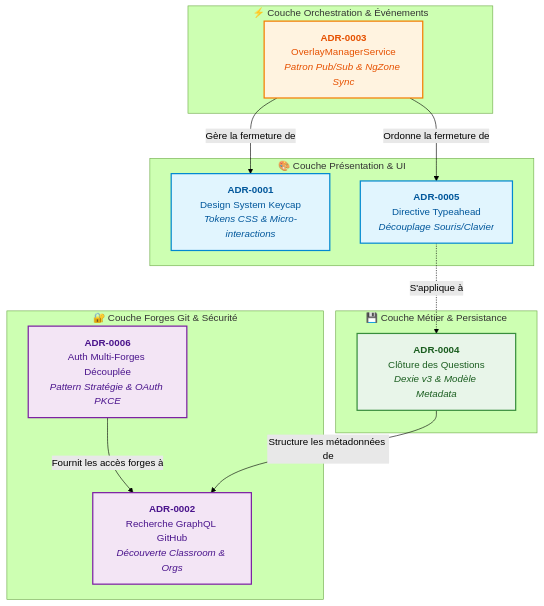
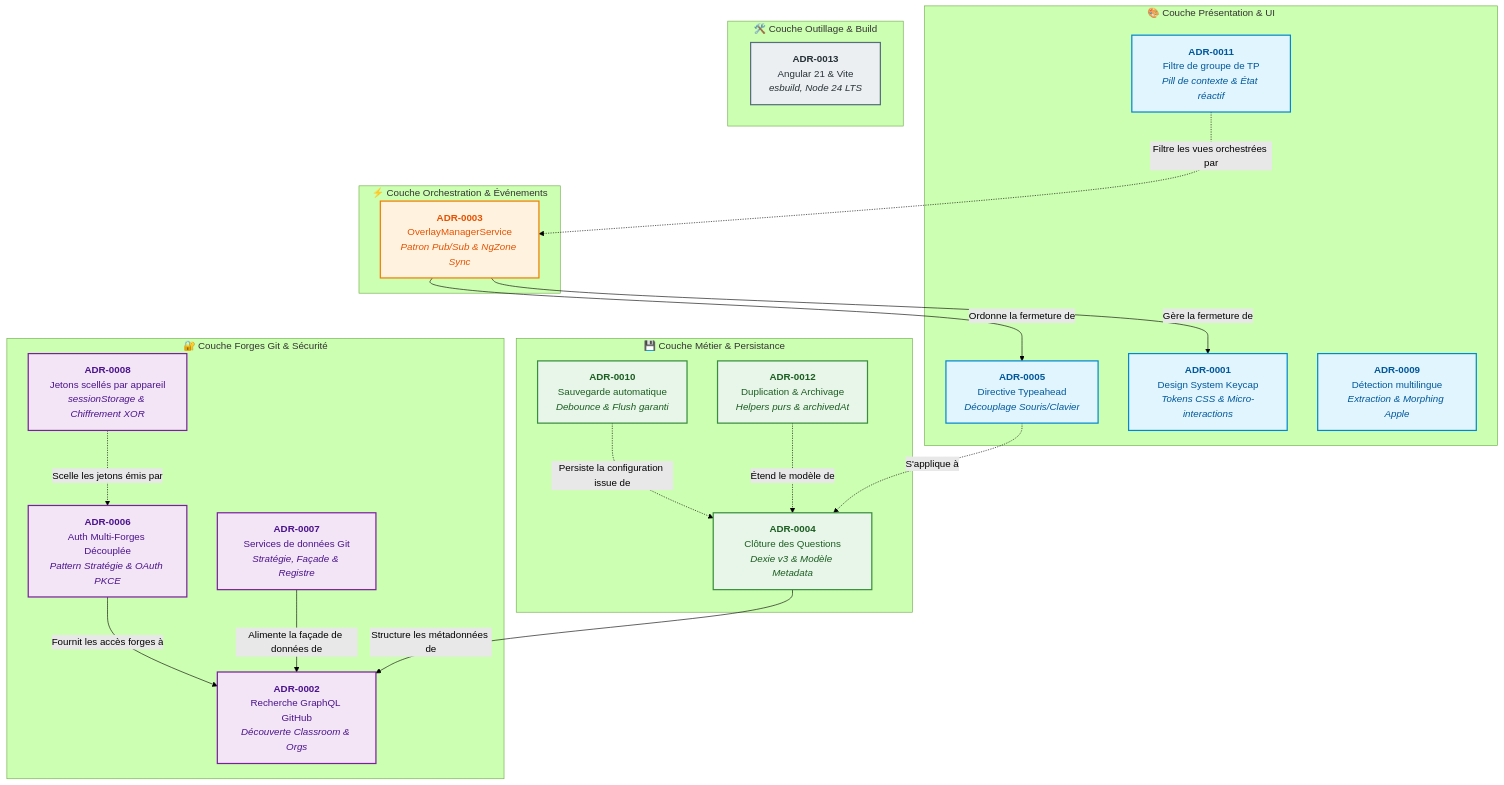
Before and after one commit to git4school/git4school-visu: the first of 2 diagrams in docs/wiki/Architecture-Decision-Records.md, drawn with Mermaid (forest theme). The commit also changed other lines of this file, not shown here.

Commit message:
📝 Backfill the wiki ADR showcase with decisions 0007 to 0013

````diff
--- a/docs/wiki/Architecture-Decision-Records.md
+++ b/docs/wiki/Architecture-Decision-Records.md
@@ -28,36 +28,53 @@
 ```mermaid
 flowchart TB
     subgraph Presentation["🎨 Couche Présentation & UI"]
         ADR0001["<b>ADR-0001</b><br/>Design System Keycap<br/><i>Tokens CSS & Micro-interactions</i>"]
         ADR0005["<b>ADR-0005</b><br/>Directive Typeahead<br/><i>Découplage Souris/Clavier</i>"]
+        ADR0009["<b>ADR-0009</b><br/>Détection multilingue<br/><i>Extraction & Morphing Apple</i>"]
+        ADR0011["<b>ADR-0011</b><br/>Filtre de groupe de TP<br/><i>Pill de contexte & État réactif</i>"]
     end
 
     subgraph Reactive["⚡ Couche Orchestration & Événements"]
         ADR0003["<b>ADR-0003</b><br/>OverlayManagerService<br/><i>Patron Pub/Sub & NgZone Sync</i>"]
     end
 
     subgraph DataDomain["💾 Couche Métier & Persistance"]
         ADR0004["<b>ADR-0004</b><br/>Clôture des Questions<br/><i>Dexie v3 & Modèle Metadata</i>"]
+        ADR0010["<b>ADR-0010</b><br/>Sauvegarde automatique<br/><i>Debounce & Flush garanti</i>"]
+        ADR0012["<b>ADR-0012</b><br/>Duplication & Archivage<br/><i>Helpers purs & archivedAt</i>"]
     end
 
     subgraph Integration["🔐 Couche Forges Git & Sécurité"]
         ADR0002["<b>ADR-0002</b><br/>Recherche GraphQL GitHub<br/><i>Découverte Classroom & Orgs</i>"]
         ADR0006["<b>ADR-0006</b><br/>Auth Multi-Forges Découplée<br/><i>Pattern Stratégie & OAuth PKCE</i>"]
+        ADR0007["<b>ADR-0007</b><br/>Services de données Git<br/><i>Stratégie, Façade & Registre</i>"]
+        ADR0008["<b>ADR-0008</b><br/>Jetons scellés par appareil<br/><i>sessionStorage & Chiffrement XOR</i>"]
+    end
+
+    subgraph Tooling["🛠️ Couche Outillage & Build"]
+        ADR0013["<b>ADR-0013</b><br/>Angular 21 & Vite<br/><i>esbuild, Node 24 LTS</i>"]
     end
 
     ADR0005 -.->|S'applique à| ADR0004
     ADR0003 -->|Ordonne la fermeture de| ADR0005
     ADR0003 -->|Gère la fermeture de| ADR0001
     ADR0006 -->|Fournit les accès forges à| ADR0002
     ADR0004 -->|Structure les métadonnées de| ADR0002
+    ADR0007 -->|Alimente la façade de données de| ADR0002
+    ADR0008 -.->|Scelle les jetons émis par| ADR0006
+    ADR0010 -.->|Persiste la configuration issue de| ADR0004
+    ADR0012 -.->|Étend le modèle de| ADR0004
+    ADR0011 -.->|Filtre les vues orchestrées par| ADR0003
 
     classDef presentation fill:#e1f5fe,stroke:#0288d1,stroke-width:2px,color:#01579b;
     classDef reactive fill:#fff3e0,stroke:#f57c00,stroke-width:2px,color:#e65100;
     classDef domain fill:#e8f5e9,stroke:#388e3c,stroke-width:2px,color:#1b5e20;
     classDef security fill:#f3e5f5,stroke:#7b1fa2,stroke-width:2px,color:#4a148c;
+    classDef tooling fill:#eceff1,stroke:#546e7a,stroke-width:2px,color:#263238;
 
-    class ADR0001,ADR0005 presentation;
+    class ADR0001,ADR0005,ADR0009,ADR0011 presentation;
     class ADR0003 reactive;
-    class ADR0004 domain;
-    class ADR0002,ADR0006 security;
+    class ADR0004,ADR0010,ADR0012 domain;
+    class ADR0002,ADR0006,ADR0007,ADR0008 security;
+    class ADR0013 tooling;
 ```
````
